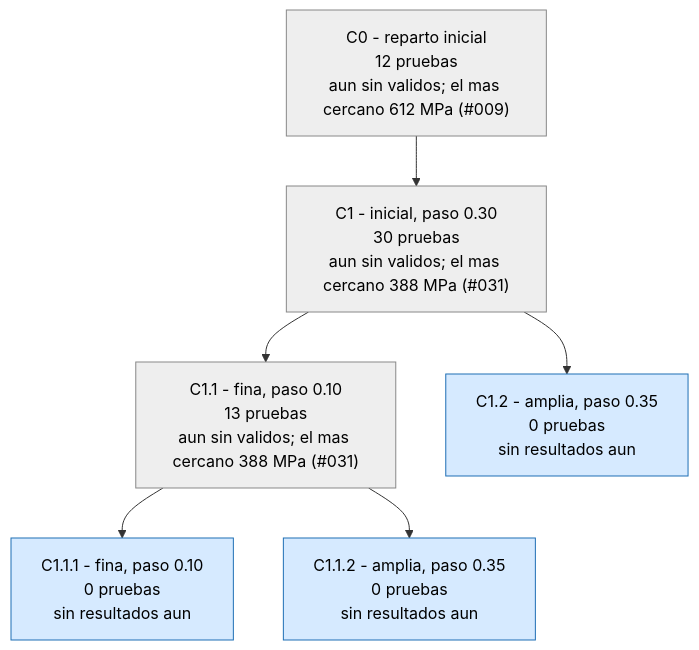
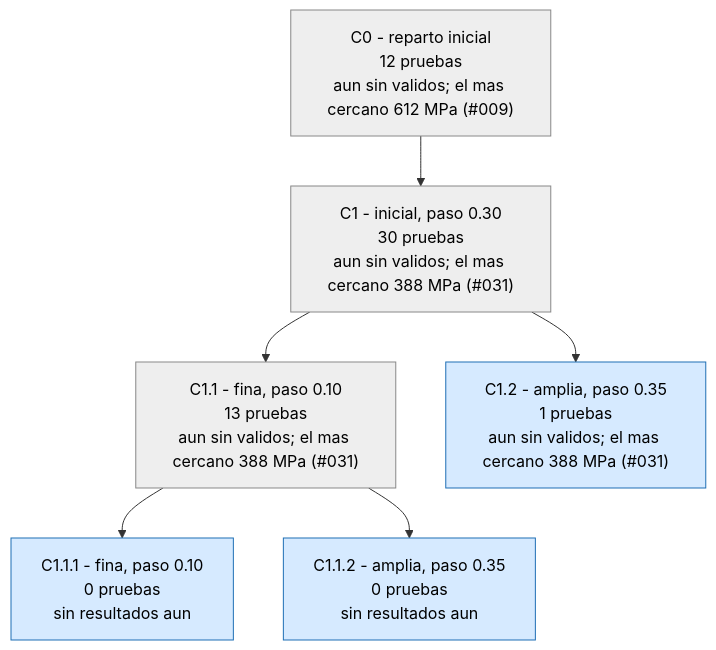
The third of 3 diagrams in runs/opt_37800N/ARBOL.md (Hugiko/msd-soporte-optimizacion), drawn with Mermaid before and after one commit. The commit also changed 21 other files, not shown here.

````diff
--- a/runs/opt_37800N/ARBOL.md
+++ b/runs/opt_37800N/ARBOL.md
@@ -59,17 +59,17 @@
 ```mermaid
 graph TD
 classDef activa fill:#d6eaff,stroke:#1f6fb5,color:#000
 classDef fin fill:#eeeeee,stroke:#888,color:#000
 classDef mejor fill:#c8f0c0,stroke:#1a9850,stroke-width:4px,color:#000
 C0["C0 - reparto inicial<br/>12 pruebas<br/>aun sin validos; el mas cercano 612 MPa (#009)"]:::fin
 C1["C1 - inicial, paso 0.30<br/>30 pruebas<br/>aun sin validos; el mas cercano 388 MPa (#031)"]:::fin
 C0 --> C1
 C1_1["C1.1 - fina, paso 0.10<br/>13 pruebas<br/>aun sin validos; el mas cercano 388 MPa (#031)"]:::fin
 C1 --> C1_1
-C1_2["C1.2 - amplia, paso 0.35<br/>0 pruebas<br/>sin resultados aun"]:::activa
+C1_2["C1.2 - amplia, paso 0.35<br/>1 pruebas<br/>aun sin validos; el mas cercano 388 MPa (#031)"]:::activa
 C1 --> C1_2
 C1_1_1["C1.1.1 - fina, paso 0.10<br/>0 pruebas<br/>sin resultados aun"]:::activa
 C1_1 --> C1_1_1
 C1_1_2["C1.1.2 - amplia, paso 0.35<br/>0 pruebas<br/>sin resultados aun"]:::activa
 C1_1 --> C1_1_2
 ```
````
